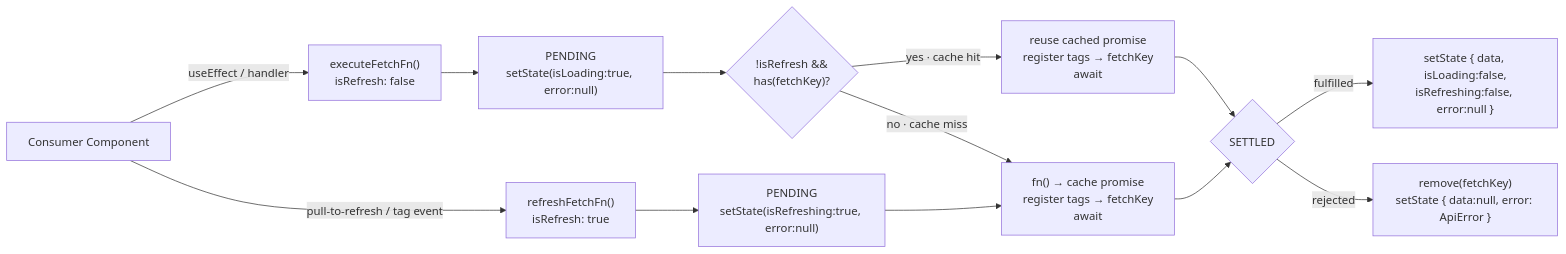
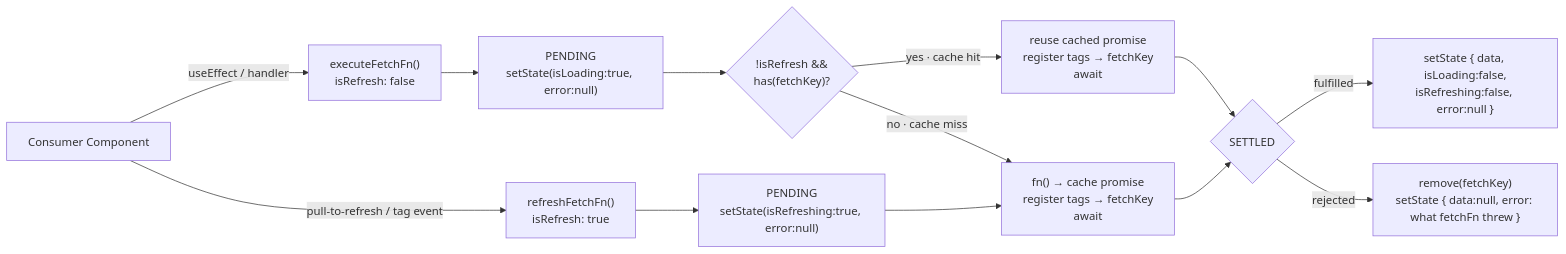
The first of 4 diagrams in docs/architecture/USE-FETCH-FN-FLOW.md (chuhaiphu/fetchwire), drawn with Mermaid before and after one commit. The commit also changed other lines of this file and 29 other files, not shown here.

````diff
--- a/docs/architecture/USE-FETCH-FN-FLOW.md
+++ b/docs/architecture/USE-FETCH-FN-FLOW.md
@@ -27,18 +27,18 @@
 ```mermaid
 flowchart LR
     Cmp["Consumer Component"] -->|"useEffect / handler"| EXE["executeFetchFn()<br/>isRefresh: false"]
     Cmp -->|"pull-to-refresh / tag event"| REF["refreshFetchFn()<br/>isRefresh: true"]
 
     EXE --> PE["PENDING<br/>setState(isLoading:true, error:null)"]
     REF --> PR["PENDING<br/>setState(isRefreshing:true, error:null)"]
 
     PE --> BR{"!isRefresh &&<br/>has(fetchKey)?"}
     PR --> FRESH
     BR -->|"yes · cache hit"| CACHED["reuse cached promise<br/>register tags → fetchKey<br/>await"]
     BR -->|"no · cache miss"| FRESH["fn() → cache promise<br/>register tags → fetchKey<br/>await"]
 
     CACHED --> S{"SETTLED"}
     FRESH --> S
     S -->|"fulfilled"| OKS["setState { data, isLoading:false,<br/>isRefreshing:false, error:null }"]
-    S -->|"rejected"| ERRS["remove(fetchKey)<br/>setState { data:null, error: ApiError }"]
+    S -->|"rejected"| ERRS["remove(fetchKey)<br/>setState { data:null, error: what fetchFn threw }"]
 ```
````
